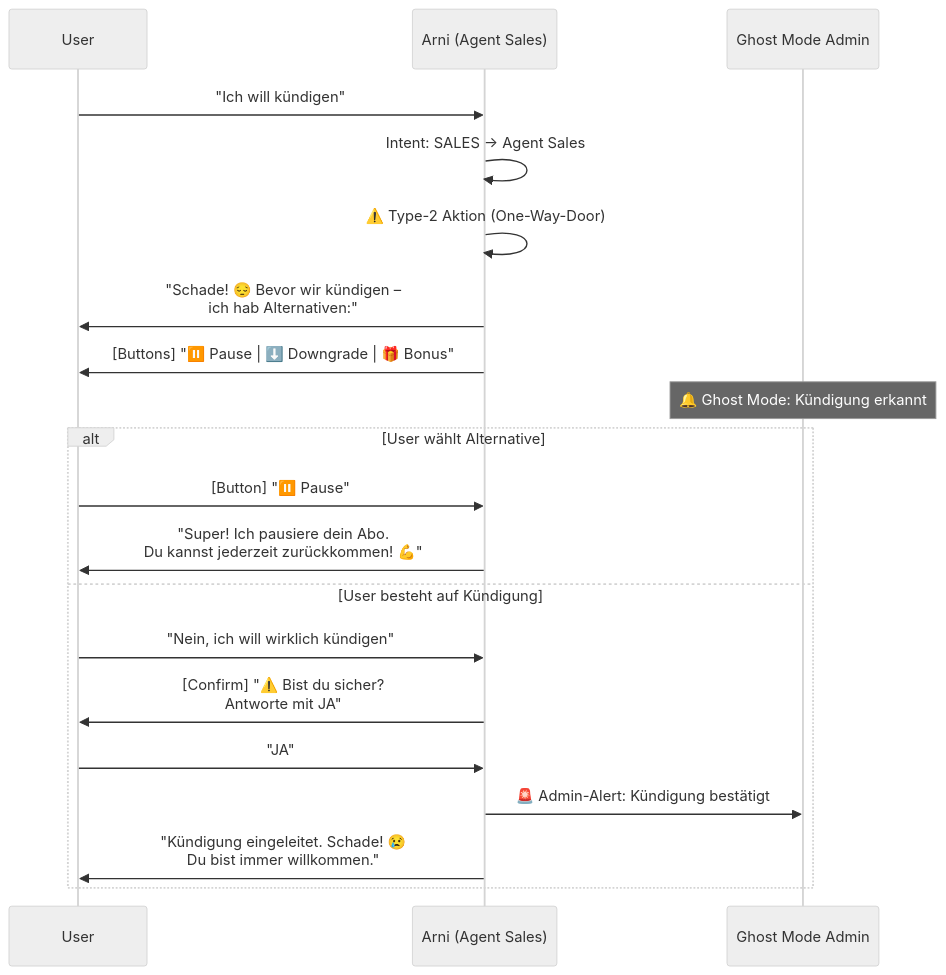
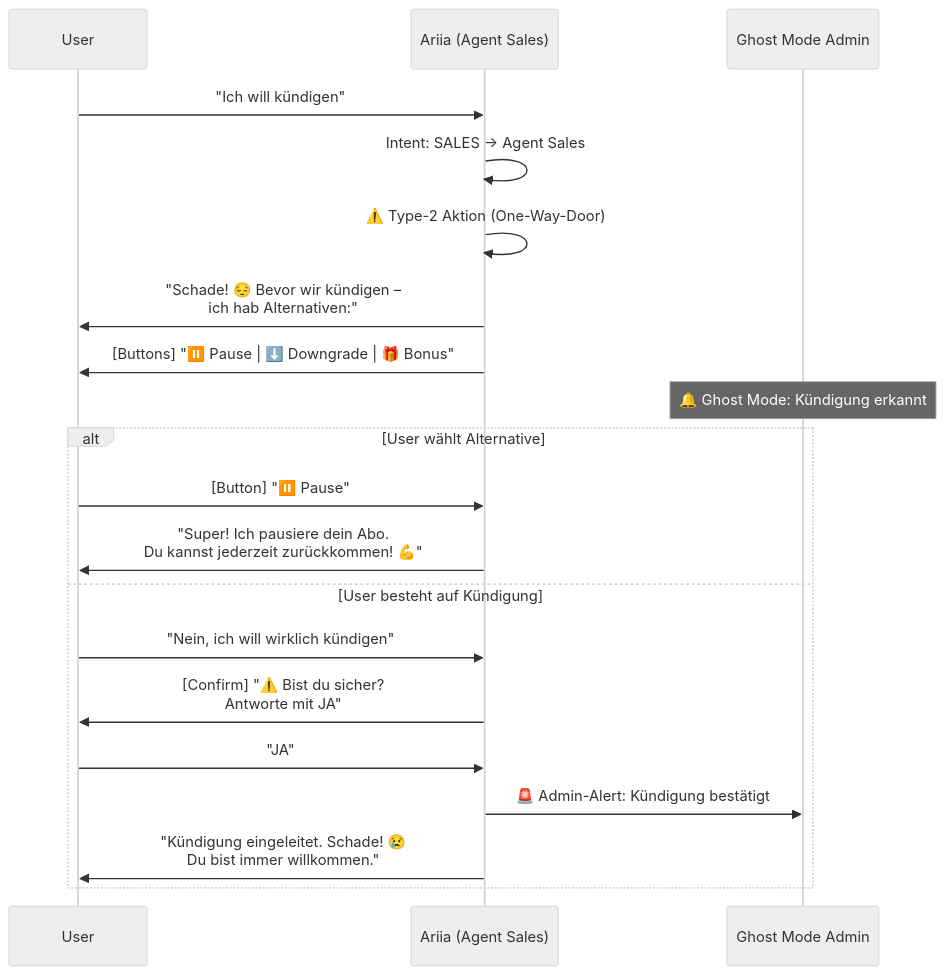
The second of 3 diagrams in docs/specs/CONVERSATION_FLOWS.md (DamienDrash/arni), drawn with Mermaid (neutral theme) before and after one commit. The commit also changed other lines of this file and 234 other files, not shown here.

Commit message:
rebranding: complete migration from ARNI to ARIIA and fix typos

````diff
--- a/docs/specs/CONVERSATION_FLOWS.md
+++ b/docs/specs/CONVERSATION_FLOWS.md
@@ -40,26 +40,26 @@
 ```mermaid
 sequenceDiagram
     participant U as User
-    participant A as Arni (Agent Sales)
+    participant A as Ariia (Agent Sales)
     participant G as Ghost Mode Admin
 
     U->>A: "Ich will kündigen"
     A->>A: Intent: SALES → Agent Sales
     A->>A: ⚠️ Type-2 Aktion (One-Way-Door)
 
     A->>U: "Schade! 😔 Bevor wir kündigen –<br/>ich hab Alternativen:"
     A->>U: [Buttons] "⏸️ Pause | ⬇️ Downgrade | 🎁 Bonus"
 
     Note over G: 🔔 Ghost Mode: Kündigung erkannt
 
     alt User wählt Alternative
         U->>A: [Button] "⏸️ Pause"
         A->>U: "Super! Ich pausiere dein Abo.<br/>Du kannst jederzeit zurückkommen! 💪"
     else User besteht auf Kündigung
         U->>A: "Nein, ich will wirklich kündigen"
         A->>U: [Confirm] "⚠️ Bist du sicher?<br/>Antworte mit JA"
         U->>A: "JA"
         A->>G: 🚨 Admin-Alert: Kündigung bestätigt
         A->>U: "Kündigung eingeleitet. Schade! 😢<br/>Du bist immer willkommen."
     end
 ```
````
